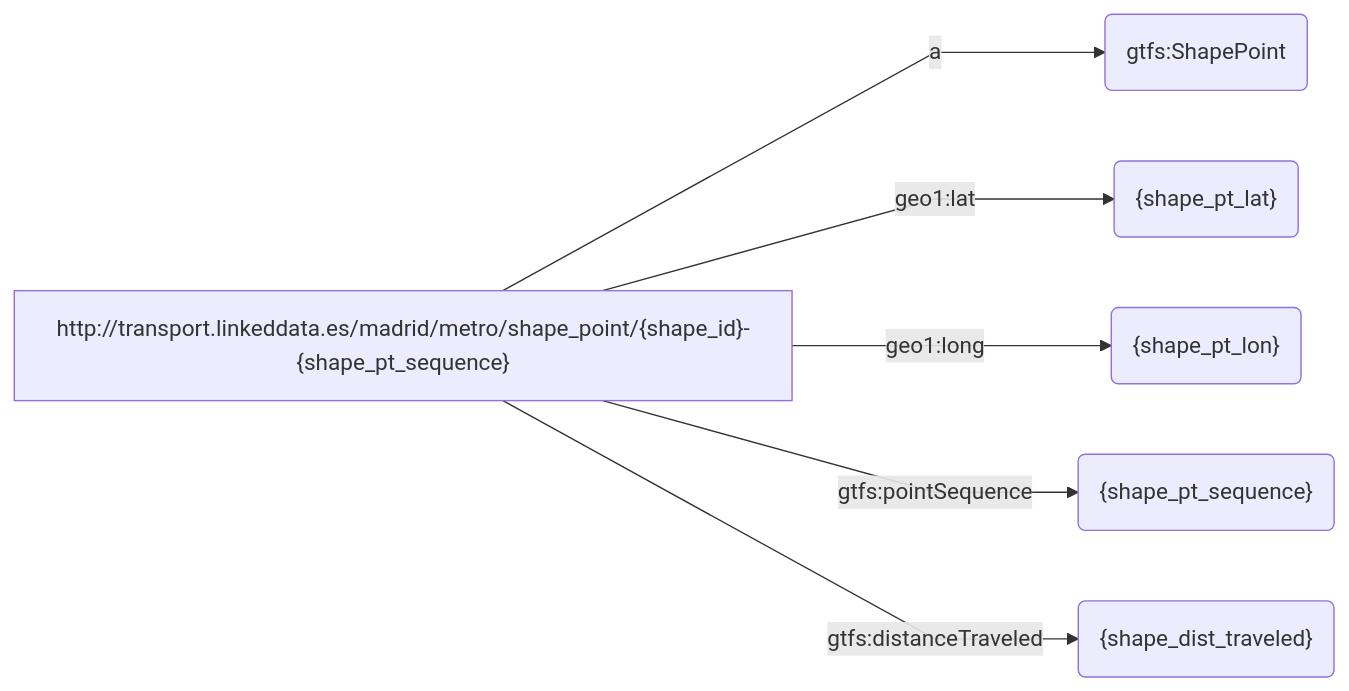
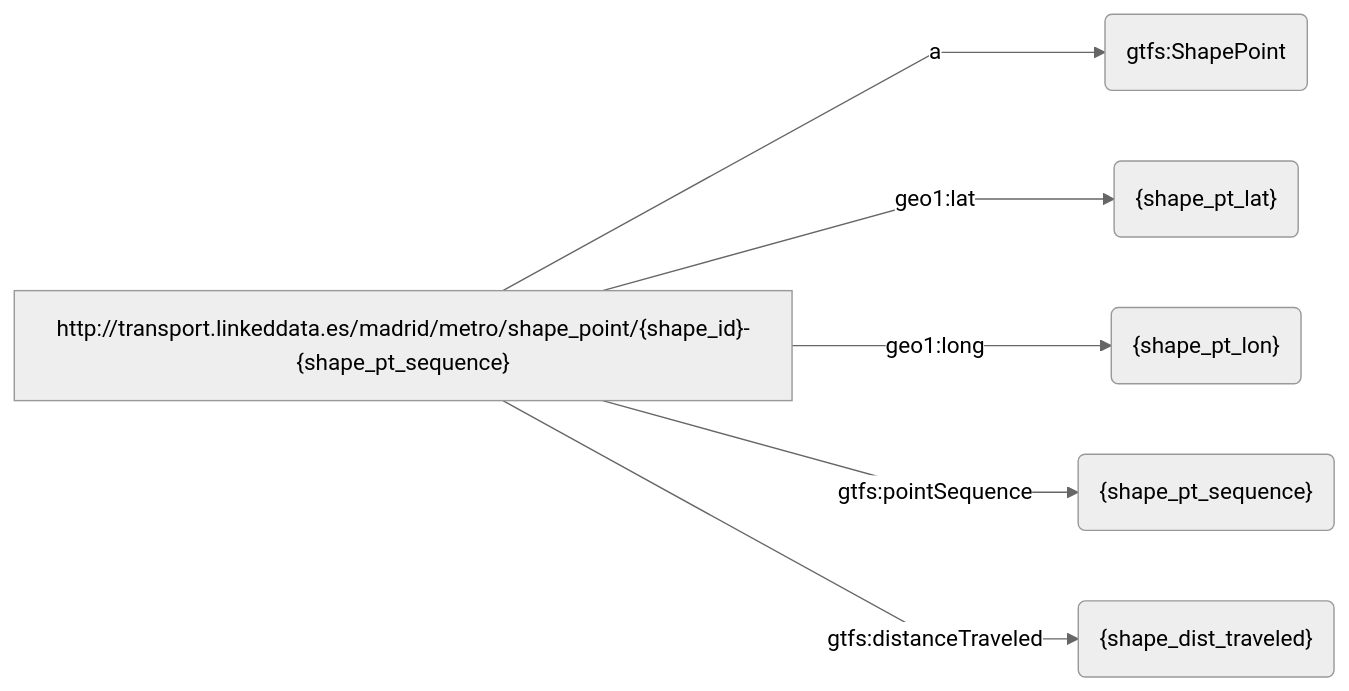
One commit to oeg-upm/rmldoc changed the first of 25 diagrams in test/author/author.md. Above: the diagram before and after it, drawn with Mermaid.

````diff
--- a/test/author/author.md
+++ b/test/author/author.md
@@ -65,10 +65,10 @@
 ```mermaid
-%%{ init : { "theme" : "default", "flowchart" : { "curve" : "linear" }}}%%
+%%{ init : { "theme" : "neutral", "flowchart" : { "curve" : "linear" }}}%%
 flowchart LR
 S["http://transport.linkeddata.es/madrid/metro/shape_point/{shape_id}-{shape_pt_sequence}"] -->|"a"| object1("gtfs:ShapePoint")
 S["http://transport.linkeddata.es/madrid/metro/shape_point/{shape_id}-{shape_pt_sequence}"] -->|"geo1:lat"| object2("{shape_pt_lat}")
 S["http://transport.linkeddata.es/madrid/metro/shape_point/{shape_id}-{shape_pt_sequence}"] -->|"geo1:long"| object3("{shape_pt_lon}")
 S["http://transport.linkeddata.es/madrid/metro/shape_point/{shape_id}-{shape_pt_sequence}"] -->|"gtfs:pointSequence"| object4("{shape_pt_sequence}")
 S["http://transport.linkeddata.es/madrid/metro/shape_point/{shape_id}-{shape_pt_sequence}"] -->|"gtfs:distanceTraveled"| object5("{shape_dist_traveled}")
     
 ``` 
````
